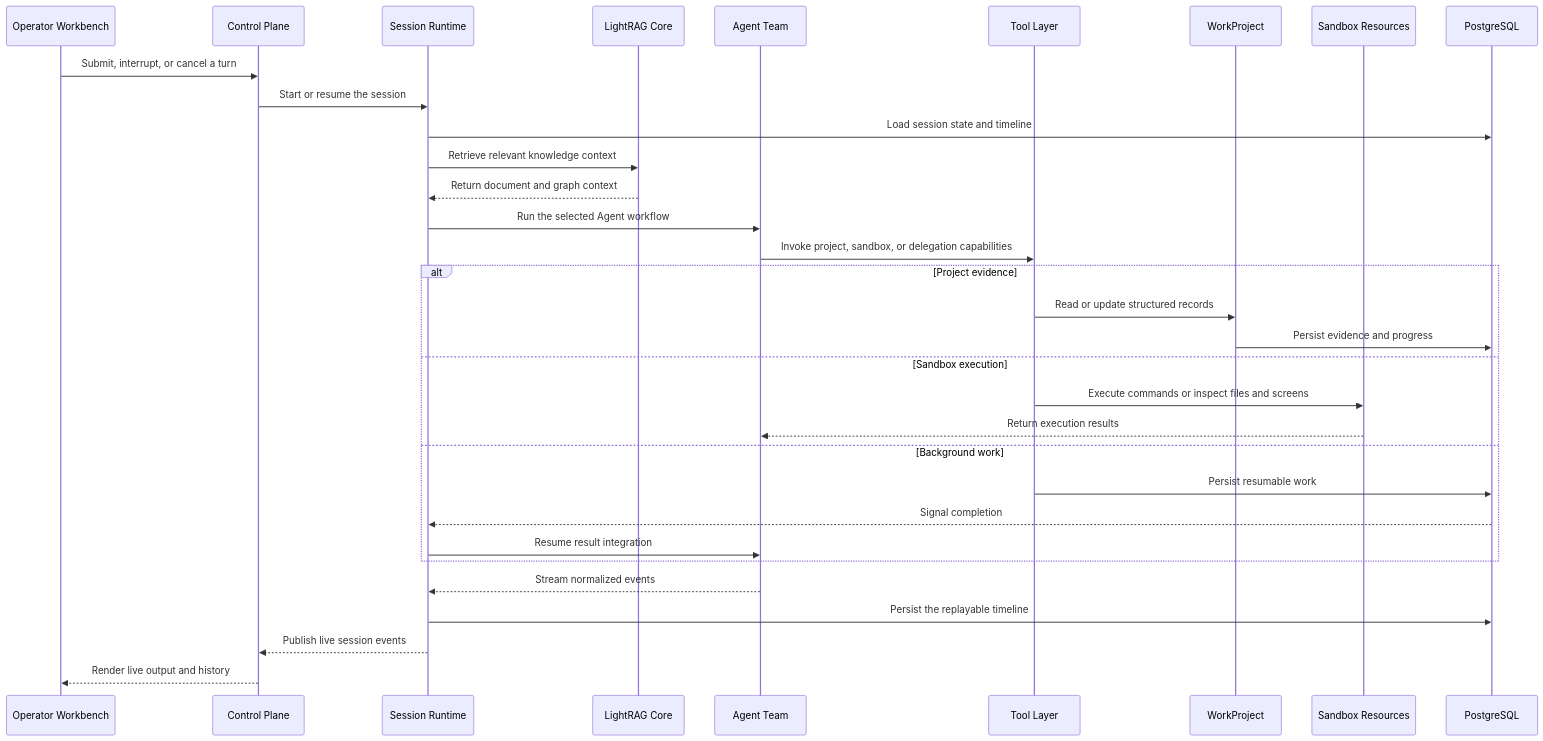
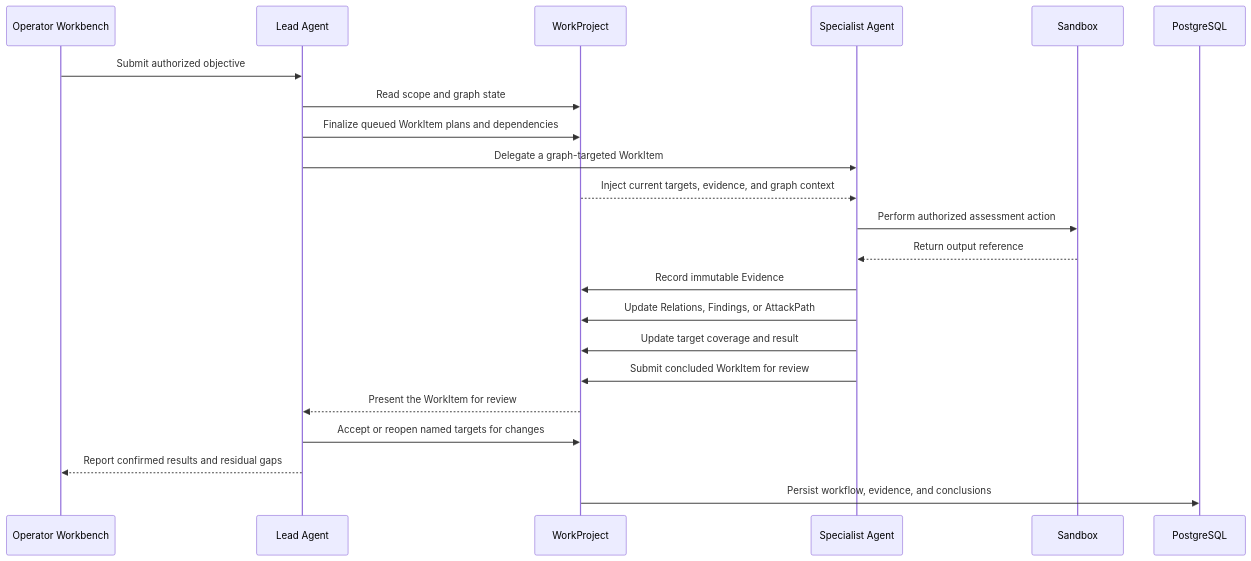
The third of 3 diagrams in docs/en/guide/overview.md (MolTau9527/Z3r0), drawn with Mermaid before and after one commit. The commit also changed other lines of this file and 113 other files, not shown here.

Commit message:
feat: Add graph-driven WorkProject orchestration and evidence-backed red team workflows

````diff
--- a/docs/en/guide/overview.md
+++ b/docs/en/guide/overview.md
@@ -76,37 +99,25 @@
 ```mermaid
 sequenceDiagram
   participant UI as Operator Workbench
-  participant API as Control Plane
-  participant Session as Session Runtime
-  participant RAG as LightRAG Core
-  participant Agent as Agent Team
-  participant Tool as Tool Layer
-  participant Project as WorkProject
-  participant Sandbox as Sandbox Resources
+  participant Lead as Lead Agent
+  participant Work as WorkProject
+  participant Expert as Specialist Agent
+  participant Sandbox as Sandbox
   participant DB as PostgreSQL
 
-  UI->>API: Submit, interrupt, or cancel a turn
-  API->>Session: Start or resume the session
-  Session->>DB: Load session state and timeline
-  Session->>RAG: Retrieve relevant knowledge context
-  RAG-->>Session: Return document and graph context
-  Session->>Agent: Run the selected Agent workflow
-  Agent->>Tool: Invoke project, sandbox, or delegation capabilities
-
-  alt Project evidence
-    Tool->>Project: Read or update structured records
-    Project->>DB: Persist evidence and progress
-  else Sandbox execution
-    Tool->>Sandbox: Execute commands or inspect files and screens
-    Sandbox-->>Agent: Return execution results
-  else Background work
-    Tool->>DB: Persist resumable work
-    DB-->>Session: Signal completion
-    Session->>Agent: Resume result integration
-  end
-
-  Agent-->>Session: Stream normalized events
-  Session->>DB: Persist the replayable timeline
-  Session-->>API: Publish live session events
-  API-->>UI: Render live output and history
+  UI->>Lead: Submit authorized objective
+  Lead->>Work: Read scope and graph state
+  Lead->>Work: Finalize queued WorkItem plans and dependencies
+  Lead->>Expert: Delegate a graph-targeted WorkItem
+  Work-->>Expert: Inject current targets, evidence, and graph context
+  Expert->>Sandbox: Perform authorized assessment action
+  Sandbox-->>Expert: Return output reference
+  Expert->>Work: Record immutable Evidence
+  Expert->>Work: Update Relations, Findings, or AttackPath
+  Expert->>Work: Update target coverage and result
+  Expert->>Work: Submit concluded WorkItem for review
+  Work-->>Lead: Present the WorkItem for review
+  Lead->>Work: Accept or reopen named targets for changes
+  Lead-->>UI: Report confirmed results and residual gaps
+  Work->>DB: Persist workflow, evidence, and conclusions
 ```
````
